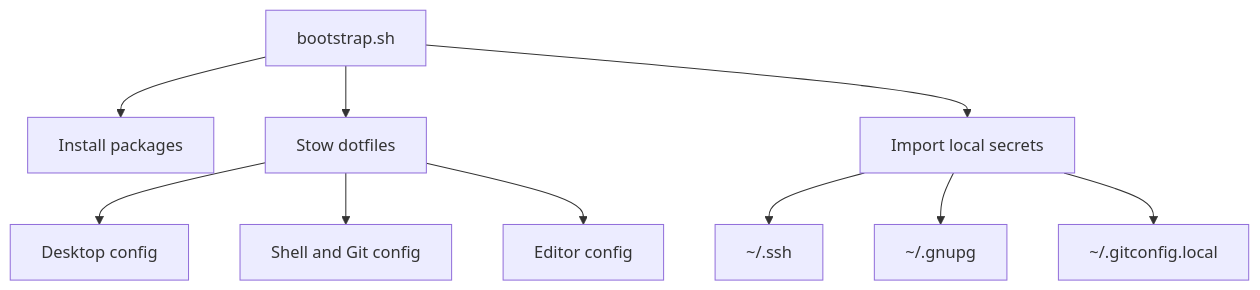
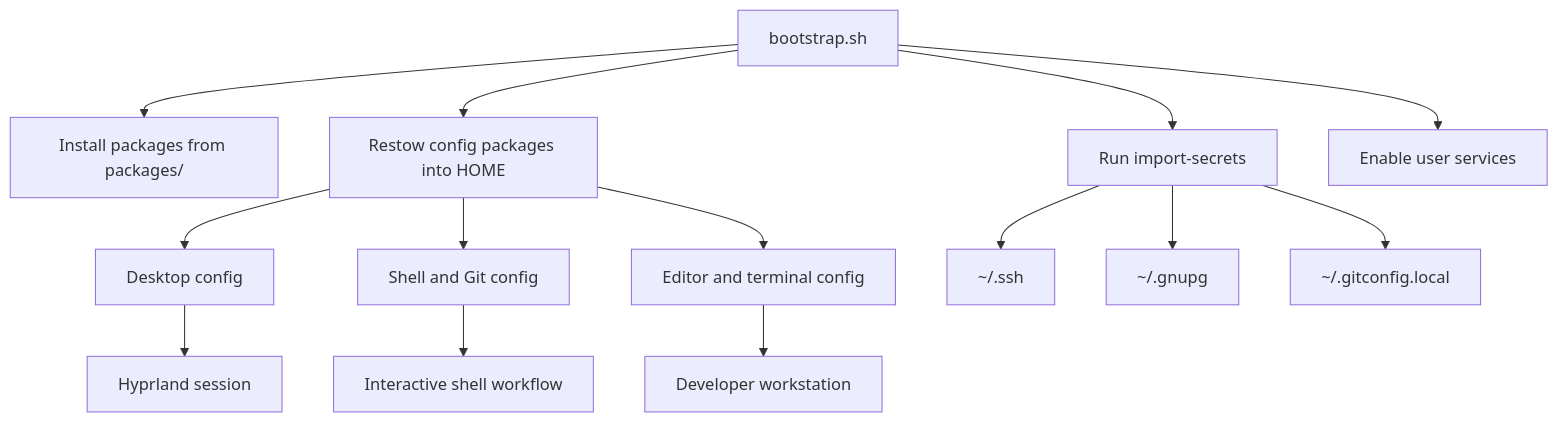
Before and after one commit to MoshPitCodes/moshpitcodes.arch: the first of 3 diagrams in README.md, drawn with Mermaid. The commit also changed other lines of this file, not shown here.

````diff
--- a/README.md
+++ b/README.md
@@ -54,12 +44,19 @@
 ```mermaid
 flowchart TD
-    A[bootstrap.sh] --> B[Install packages]
-    A --> C[Stow dotfiles]
-    A --> D[Import local secrets]
-    C --> E[Desktop config]
-    C --> F[Shell and Git config]
-    C --> G[Editor config]
-    D --> H[~/.ssh]
-    D --> I[~/.gnupg]
-    D --> J[~/.gitconfig.local]
+    A[bootstrap.sh] --> B[Install packages from packages/]
+    A --> C[Restow config packages into HOME]
+    A --> D[Run import-secrets]
+    A --> E[Enable user services]
+
+    C --> F[Desktop config]
+    C --> G[Shell and Git config]
+    C --> H[Editor and terminal config]
+
+    D --> I[~/.ssh]
+    D --> J[~/.gnupg]
+    D --> K[~/.gitconfig.local]
+
+    F --> L[Hyprland session]
+    G --> M[Interactive shell workflow]
+    H --> N[Developer workstation]
 ```
````
